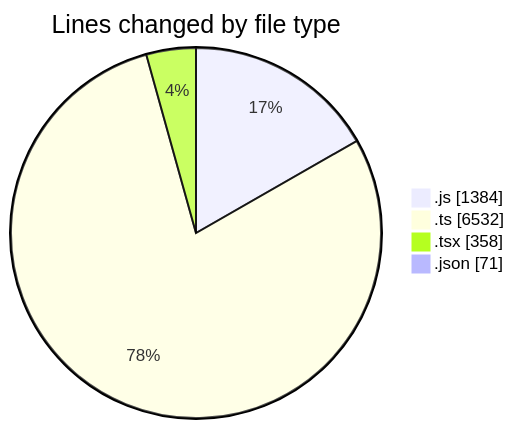
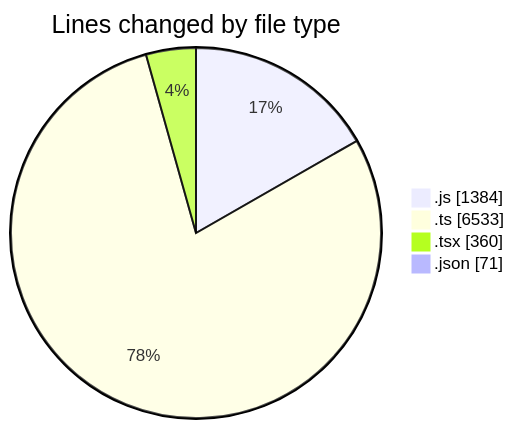
One commit to momahboobian/code-tracking changed the first of 2 diagrams in 2026-02-04/cda/README.md. Above: the diagram before and after it, drawn with Mermaid. The commit also changed other lines of this file and 1 other file, not shown here.

````diff
--- a/2026-02-04/cda/README.md
+++ b/2026-02-04/cda/README.md
@@ -31,8 +31,8 @@
 ```mermaid
 pie showData
 title Lines changed by file type
 ".js" : 1384
-".ts" : 6532
-".tsx" : 358
+".ts" : 6533
+".tsx" : 360
 ".json" : 71
 ```
````
